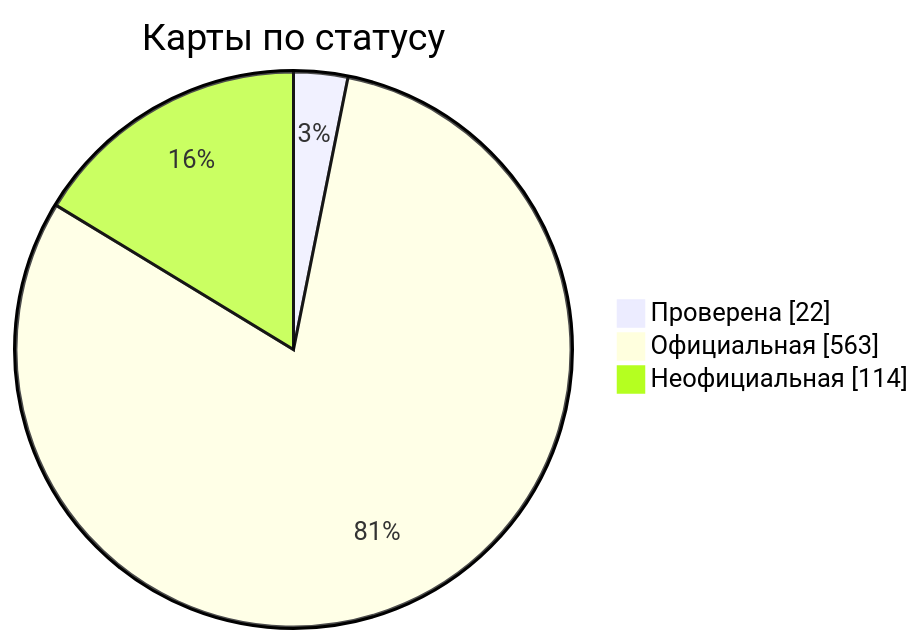
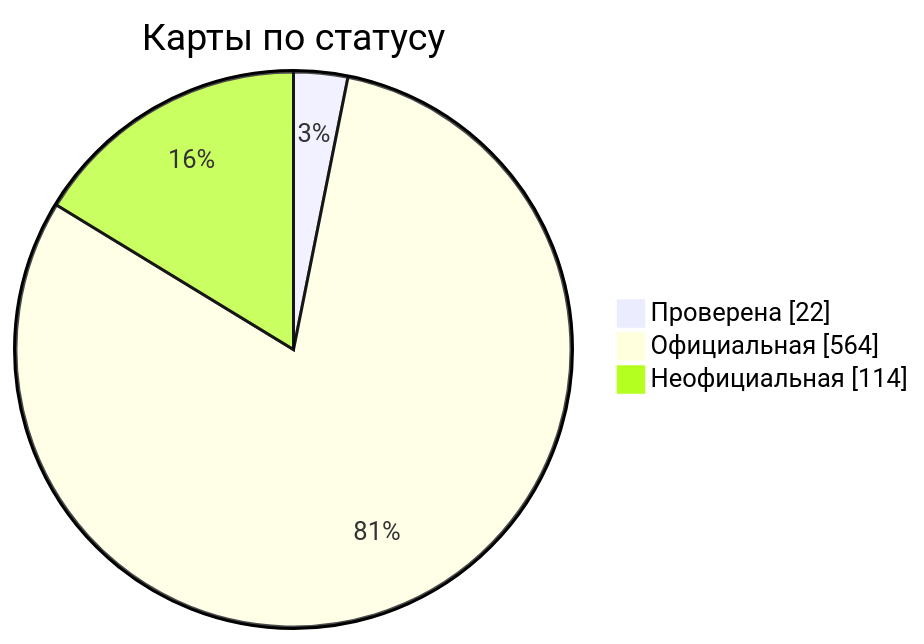
Before and after one commit to nobrega8/mbmap-library: the diagram in docs/readme/README_RU.md, drawn with Mermaid. The commit also changed 6 other files, not shown here.

````diff
--- a/docs/readme/README_RU.md
+++ b/docs/readme/README_RU.md
@@ -54,7 +54,7 @@
 ```mermaid
 pie showData
     title Карты по статусу
     "Проверена" : 22
-    "Официальная" : 563
+    "Официальная" : 564
     "Неофициальная" : 114
 ```
````
